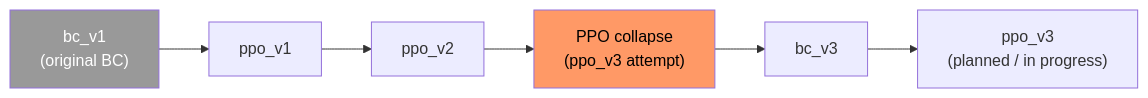
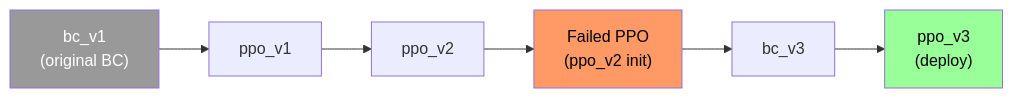
The diagram in docs/MODEL_LINEAGE.md (MiguelPecegueiro/STS2ProblemSolver), drawn with Mermaid before and after one commit. The commit also changed other lines of this file and 2 other files, not shown here.

Commit message:
added ppo v3 updates of a somewhat workable state

````diff
--- a/docs/MODEL_LINEAGE.md
+++ b/docs/MODEL_LINEAGE.md
@@ -11,11 +11,12 @@
 ```mermaid
 flowchart LR
   bc_v1["bc_v1<br/>(original BC)"] --> ppo_v1
   ppo_v1 --> ppo_v2
-  ppo_v2 --> collapse["PPO collapse<br/>(ppo_v3 attempt)"]
-  collapse --> bc_v3
-  bc_v3 --> ppo_v3["ppo_v3<br/>(planned / in progress)"]
+  ppo_v2 --> fail["Failed PPO<br/>(ppo_v2 init)"]
+  fail --> bc_v3
+  bc_v3 --> ppo_v3["ppo_v3<br/>(deploy)"]
 
   style bc_v1 fill:#999,color:#fff
-  style collapse fill:#f96,color:#000
+  style fail fill:#f96,color:#000
+  style ppo_v3 fill:#9f9,color:#000
 ```
````
